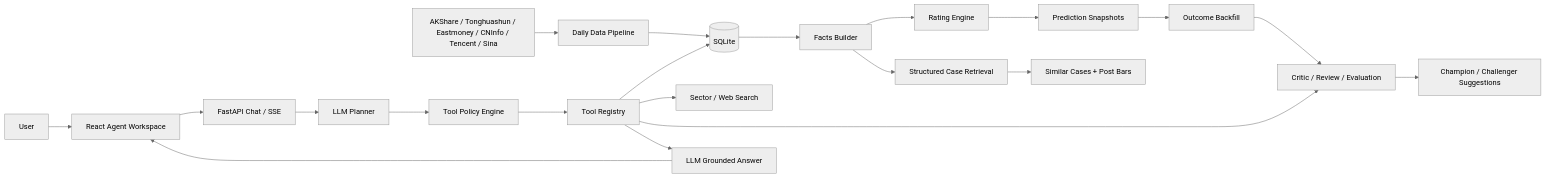
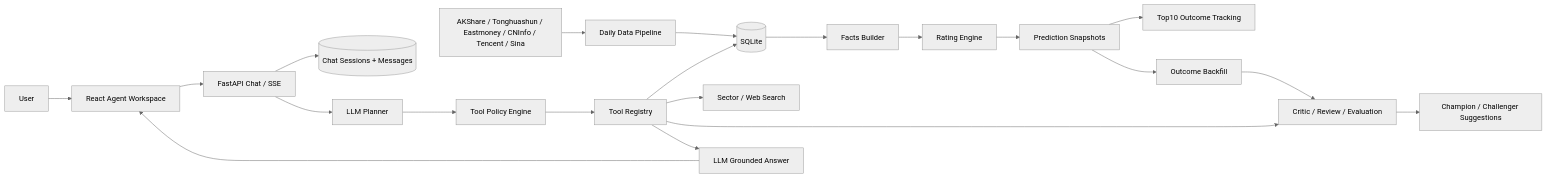
The first of 2 diagrams in README.md (bibofu/LimitUpLab), drawn with Mermaid (neutral theme) before and after one commit. The commit also changed other lines of this file and 42 other files, not shown here.

````diff
--- a/README.md
+++ b/README.md
@@ -198,26 +183,26 @@
 ```mermaid
 flowchart LR
     A[AKShare / Tonghuashun / Eastmoney / CNInfo / Tencent / Sina] --> B[Daily Data Pipeline]
     B --> C[(SQLite)]
 
     C --> D[Facts Builder]
     D --> E[Rating Engine]
-    D --> F[Structured Case Retrieval]
     E --> G[Prediction Snapshots]
-    F --> H[Similar Cases + Post Bars]
+    G --> H[Top10 Outcome Tracking]
 
     U[User] --> I[React Agent Workspace]
     I --> J[FastAPI Chat / SSE]
+    J --> S[(Chat Sessions + Messages)]
     J --> K[LLM Planner]
     K --> L[Tool Policy Engine]
     L --> M[Tool Registry]
     M --> C
     M --> N[Sector / Web Search]
     M --> O[Critic / Review / Evaluation]
     M --> P[LLM Grounded Answer]
     P --> I
 
     G --> Q[Outcome Backfill]
     Q --> O
     O --> R[Champion / Challenger Suggestions]
 ```
````
